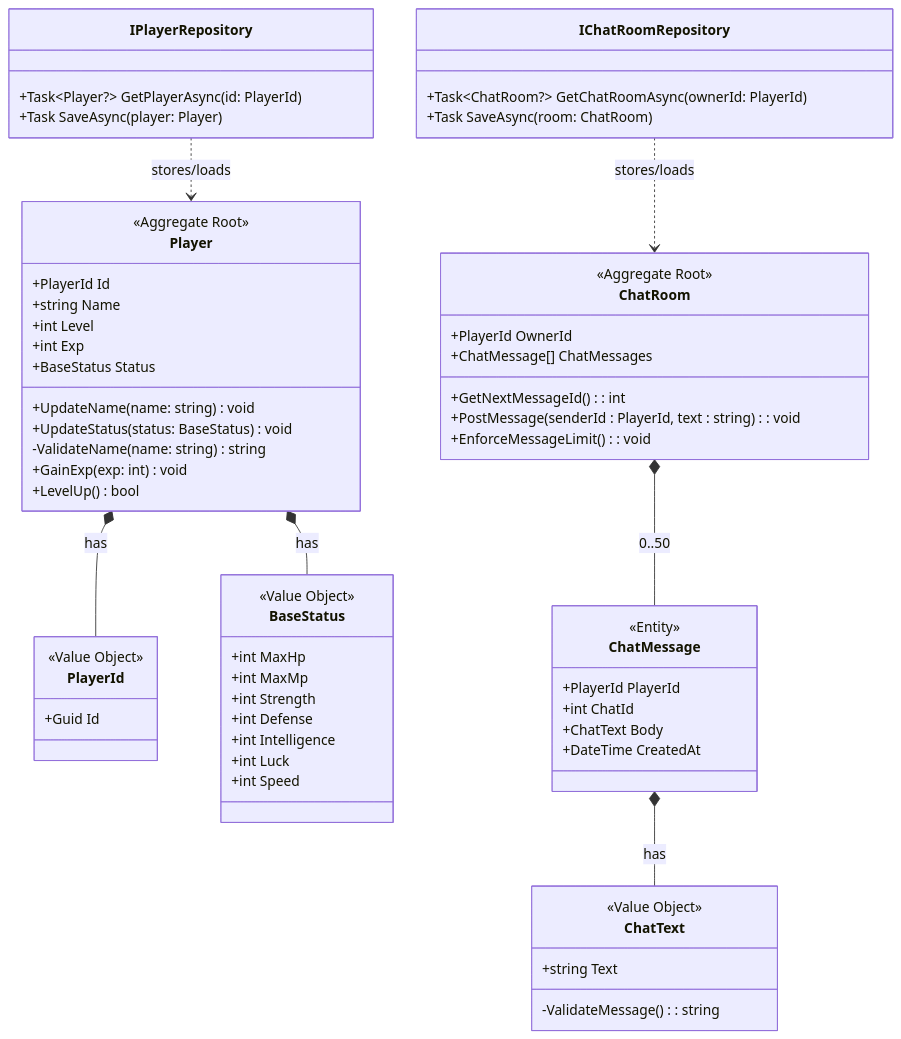
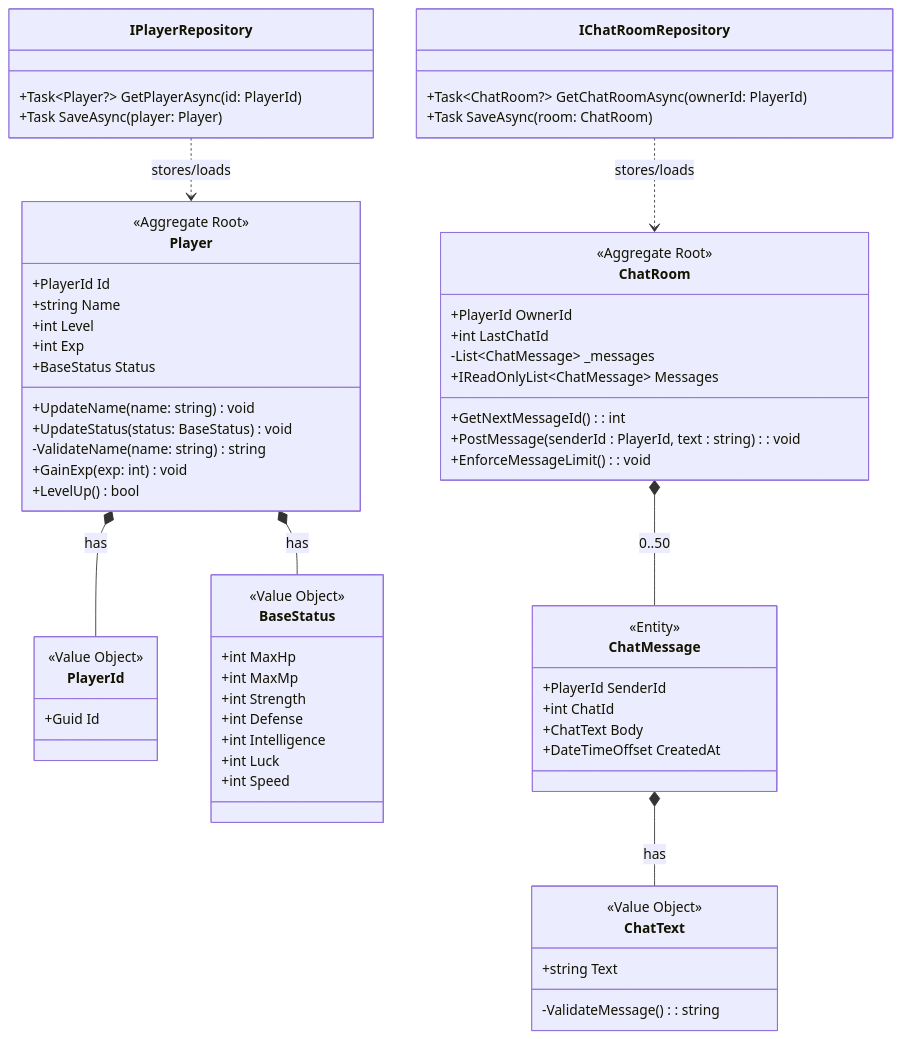
Before and after one commit to ayumu203/nisekue: the diagram in docs/01_ドメインモデル.mmd, drawn with Mermaid. The commit also changed 3 other files, not shown here.

```diff
--- a/docs/01_ドメインモデル.mmd
+++ b/docs/01_ドメインモデル.mmd
@@ -1,72 +1,74 @@
 classDiagram
     %% Player の基本情報
     class Player {
         <<Aggregate Root>>
         +PlayerId Id
         +string Name
         +int Level
         +int Exp
         +BaseStatus Status
         +UpdateName(name: string) void
         +UpdateStatus(status: BaseStatus) void
         -ValidateName(name: string) string 
         +GainExp(exp: int) void
         +LevelUp() bool
     }
 
     class PlayerId {
         <<Value Object>>
         +Guid Id
     }
 
     %% Player の基本ステータス
     class BaseStatus {
         <<Value Object>>
         +int MaxHp
         +int MaxMp
         +int Strength
         +int Defense
         +int Intelligence
         +int Luck
         +int Speed
     }
 
     class IPlayerRepository {
         +Task~Player?~ GetPlayerAsync(id: PlayerId)
         +Task SaveAsync(player: Player)
     }
     Player *-- PlayerId : has
     Player *-- BaseStatus : has
     IPlayerRepository ..> Player : stores/loads
 
     %% ルームチャット機能
     class ChatRoom {
         <<Aggregate Root>>
         +PlayerId OwnerId
-        +ChatMessage[] ChatMessages
+        +int LastChatId
+        -List~ChatMessage~ _messages
+        +IReadOnlyList~ChatMessage~ Messages
         +GetNextMessageId() : int
         +PostMessage(senderId : PlayerId, text : string) : void
         +EnforceMessageLimit() : void
     }
     %% メッセージ管理の単位
     class ChatMessage {
         <<Entity>>
-        +PlayerId PlayerId
+        +PlayerId SenderId
         +int ChatId
         +ChatText Body
-        +DateTime CreatedAt
+        +DateTimeOffset CreatedAt
     }
     %% メッセージの文字列の値オブジェクト
     class ChatText {
         <<Value Object>>
         +string Text
         -ValidateMessage() : string
     }
 
     class IChatRoomRepository {
         +Task~ChatRoom?~ GetChatRoomAsync(ownerId: PlayerId)
         +Task SaveAsync(room: ChatRoom)
     }
     ChatRoom *-- ChatMessage : 0..50
     ChatMessage *-- ChatText : has
     IChatRoomRepository ..> ChatRoom : stores/loads
```
